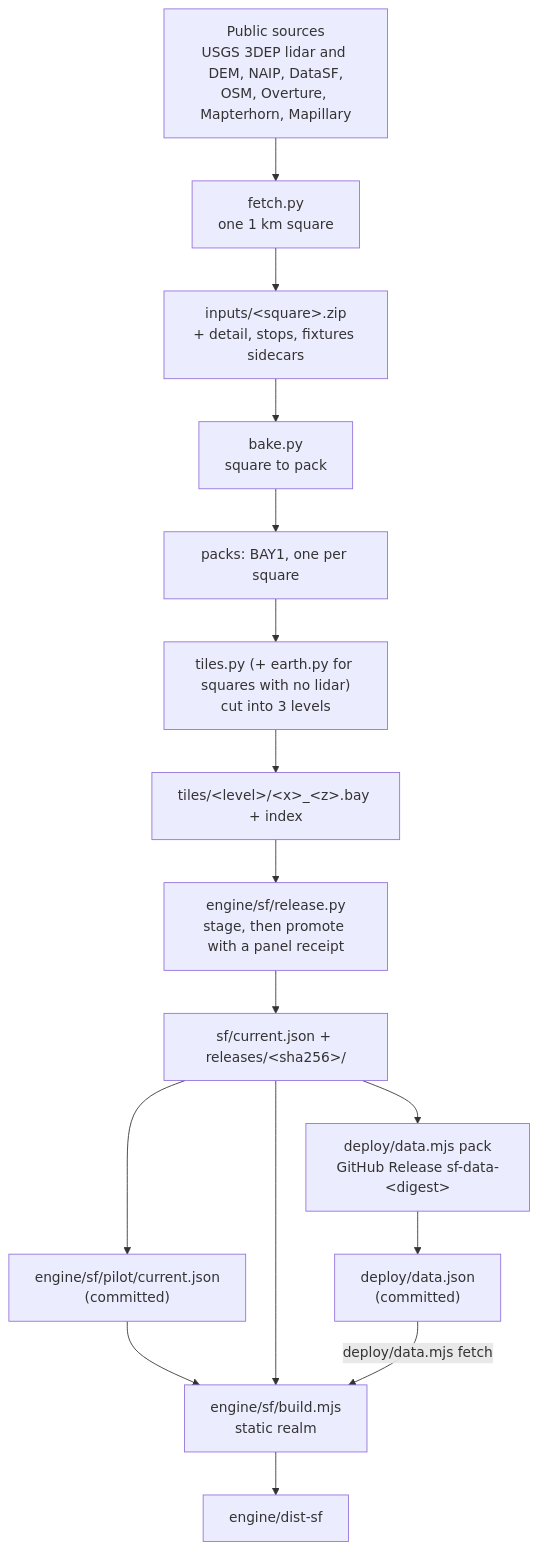
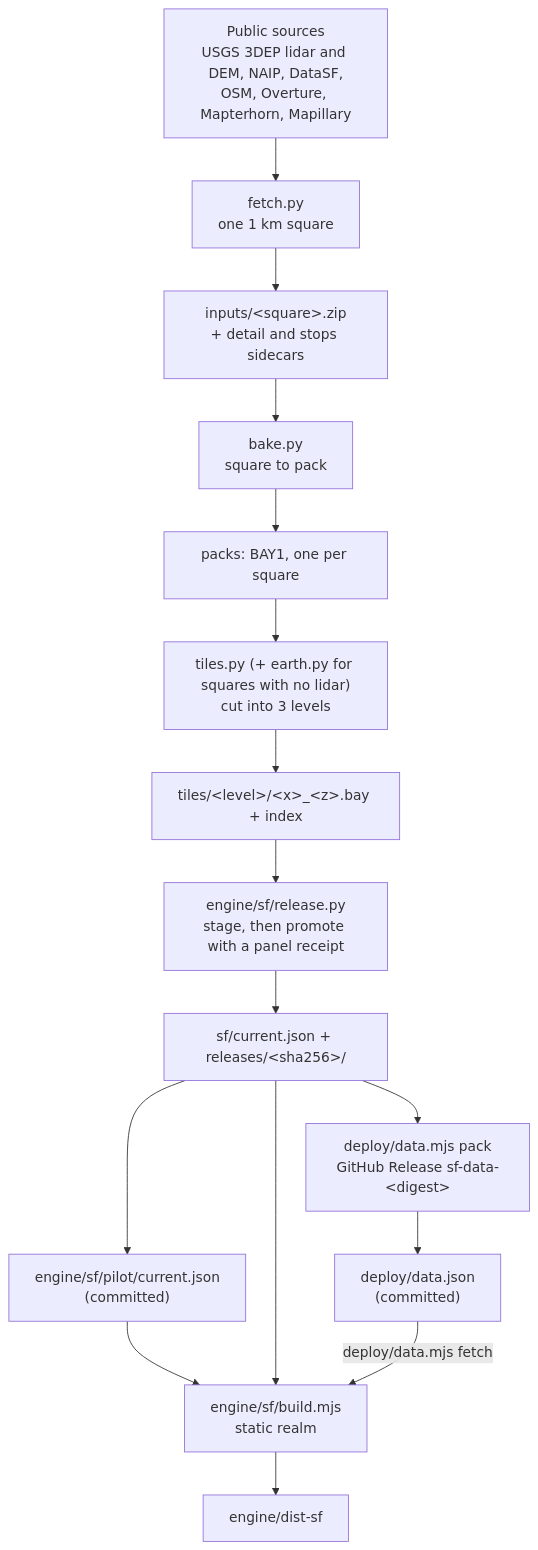
The diagram in guide/city-pipeline.md (voxelwright/voxelwright), drawn with Mermaid before and after one commit. The commit also changed other lines of this file and 15 other files, not shown here.

````diff
--- a/guide/city-pipeline.md
+++ b/guide/city-pipeline.md
@@ -9,23 +9,23 @@
 ```mermaid
 flowchart TD
   Sources["Public sources<br/>USGS 3DEP lidar and DEM, NAIP, DataSF,<br/>OSM, Overture, Mapterhorn, Mapillary"]
   Fetch["fetch.py<br/>one 1 km square"]
-  Zip["inputs/&lt;square&gt;.zip<br/>+ detail, stops, fixtures sidecars"]
+  Zip["inputs/&lt;square&gt;.zip<br/>+ detail and stops sidecars"]
   Bake["bake.py<br/>square to pack"]
   Pack["packs: BAY1, one per square"]
   Tiles["tiles.py (+ earth.py for squares with no lidar)<br/>cut into 3 levels"]
   TileOut["tiles/&lt;level&gt;/&lt;x&gt;_&lt;z&gt;.bay + index"]
   Release["engine/sf/release.py<br/>stage, then promote with a panel receipt"]
   Pinned["sf/current.json + releases/&lt;sha256&gt;/"]
   Pin["engine/sf/pilot/current.json<br/>(committed)"]
   Build["engine/sf/build.mjs<br/>static realm"]
   Dist["engine/dist-sf"]
   Data["deploy/data.mjs pack<br/>GitHub Release sf-data-&lt;digest&gt;"]
   Record["deploy/data.json<br/>(committed)"]
   Sources --> Fetch --> Zip --> Bake --> Pack --> Tiles --> TileOut --> Release --> Pinned
   Pinned --> Pin
   Pin --> Build
   Pinned --> Build --> Dist
   Pinned --> Data --> Record
   Record -- "deploy/data.mjs fetch" --> Build
 ```
````
